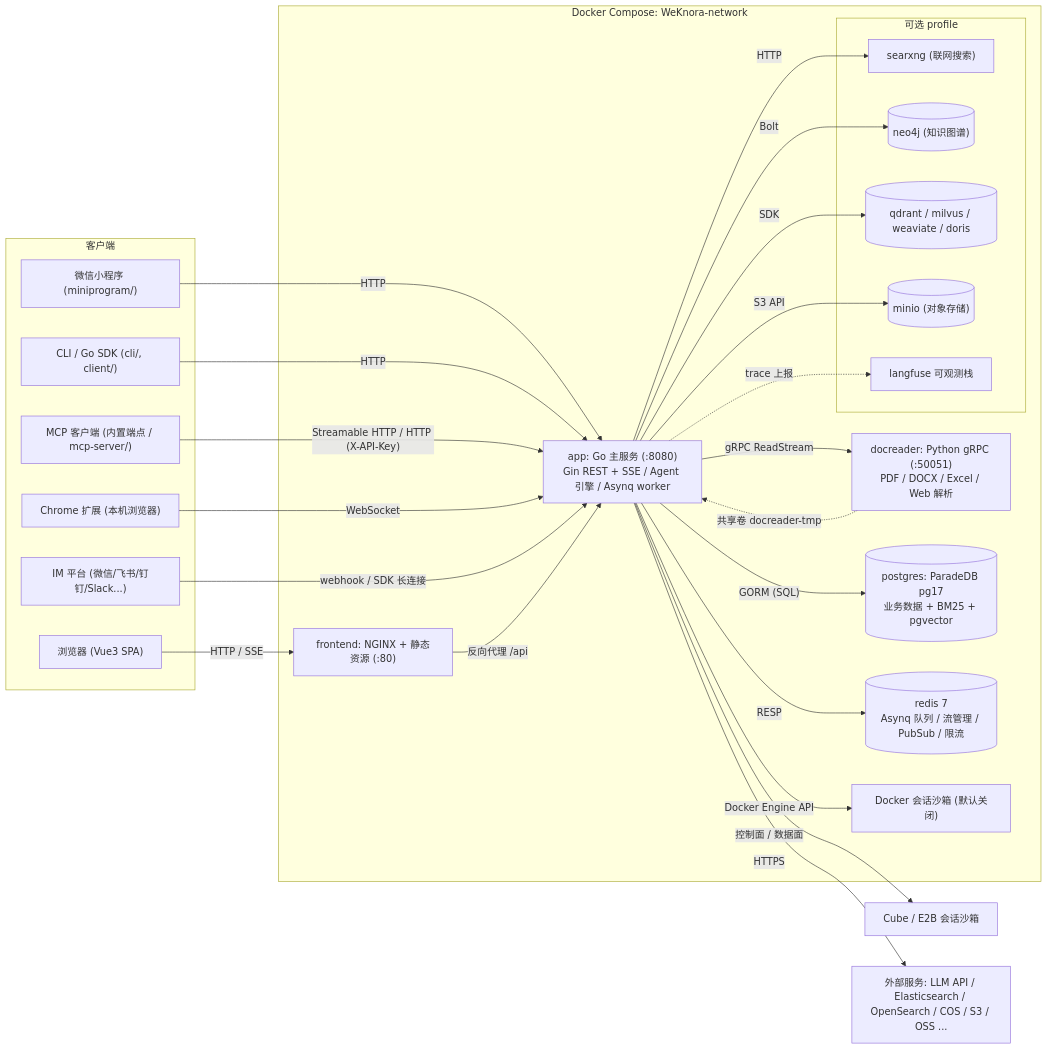
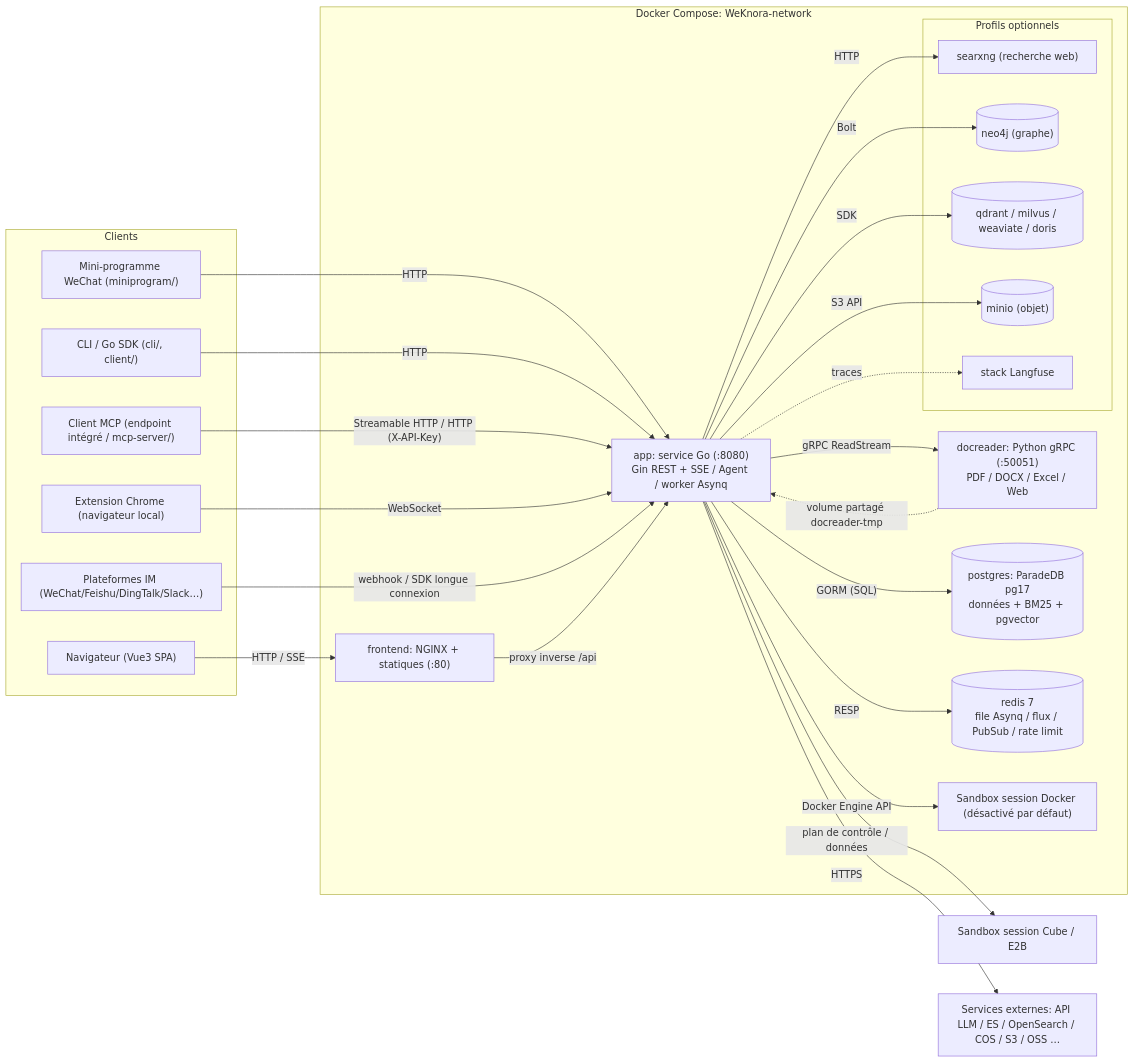
Before and after one commit to samiriggui-code/gsms-template: the first of 2 diagrams in website-docs/02-architecture/01-overview.md, drawn with Mermaid. The commit also changed other lines of this file and 301 other files, not shown here.

````diff
--- a/website-docs/02-architecture/01-overview.md
+++ b/website-docs/02-architecture/01-overview.md
@@ -98,50 +98,50 @@
 ```mermaid
 graph LR
-    subgraph Clients["客户端"]
-        Browser["浏览器 (Vue3 SPA)"]
-        Mini["微信小程序 (miniprogram/)"]
+    subgraph Clients["Clients"]
+        Browser["Navigateur (Vue3 SPA)"]
+        Mini["Mini-programme WeChat (miniprogram/)"]
         CLI["CLI / Go SDK (cli/, client/)"]
-        MCPC["MCP 客户端 (内置端点 / mcp-server/)"]
-        EXTN["Chrome 扩展 (本机浏览器)"]
-        IM["IM 平台 (微信/飞书/钉钉/Slack...)"]
+        MCPC["Client MCP (endpoint intégré / mcp-server/)"]
+        EXTN["Extension Chrome (navigateur local)"]
+        IM["Plateformes IM (WeChat/Feishu/DingTalk/Slack…)"]
     end
 
     subgraph Compose["Docker Compose: WeKnora-network"]
-        FE["frontend: NGINX + 静态资源 (:80)"]
-        APP["app: Go 主服务 (:8080)<br/>Gin REST + SSE / Agent 引擎 / Asynq worker"]
-        DR["docreader: Python gRPC (:50051)<br/>PDF / DOCX / Excel / Web 解析"]
-        PG[("postgres: ParadeDB pg17<br/>业务数据 + BM25 + pgvector")]
-        RD[("redis 7<br/>Asynq 队列 / 流管理 / PubSub / 限流")]
-        SBX["Docker 会话沙箱 (默认关闭)"]
-        subgraph Optional["可选 profile"]
-            SX["searxng (联网搜索)"]
-            NEO[("neo4j (知识图谱)")]
+        FE["frontend: NGINX + statiques (:80)"]
+        APP["app: service Go (:8080)<br/>Gin REST + SSE / Agent / worker Asynq"]
+        DR["docreader: Python gRPC (:50051)<br/>PDF / DOCX / Excel / Web"]
+        PG[("postgres: ParadeDB pg17<br/>données + BM25 + pgvector")]
+        RD[("redis 7<br/>file Asynq / flux / PubSub / rate limit")]
+        SBX["Sandbox session Docker (désactivé par défaut)"]
+        subgraph Optional["Profils optionnels"]
+            SX["searxng (recherche web)"]
+            NEO[("neo4j (graphe)")]
             VDB[("qdrant / milvus / weaviate / doris")]
-            MINIO[("minio (对象存储)")]
-            LF["langfuse 可观测栈"]
+            MINIO[("minio (objet)")]
+            LF["stack Langfuse"]
         end
     end
 
-    REMOTE["Cube / E2B 会话沙箱"]
-    EXT["外部服务: LLM API / Elasticsearch / OpenSearch / COS / S3 / OSS ..."]
+    REMOTE["Sandbox session Cube / E2B"]
+    EXT["Services externes: API LLM / ES / OpenSearch / COS / S3 / OSS …"]
 
     Browser -->|"HTTP / SSE"| FE
     Mini -->|"HTTP"| APP
     CLI -->|"HTTP"| APP
     MCPC -->|"Streamable HTTP / HTTP (X-API-Key)"| APP
     EXTN -->|"WebSocket"| APP
-    IM -->|"webhook / SDK 长连接"| APP
-    FE -->|"反向代理 /api"| APP
+    IM -->|"webhook / SDK longue connexion"| APP
+    FE -->|"proxy inverse /api"| APP
     APP -->|"gRPC ReadStream"| DR
     APP -->|"GORM (SQL)"| PG
     APP -->|"RESP"| RD
     APP -->|"Docker Engine API"| SBX
-    APP -->|"控制面 / 数据面"| REMOTE
+    APP -->|"plan de contrôle / données"| REMOTE
     APP -->|"HTTP"| SX
     APP -->|"Bolt"| NEO
     APP -->|"SDK"| VDB
     APP -->|"S3 API"| MINIO
     APP -->|"HTTPS"| EXT
-    APP -.->|"trace 上报"| LF
-    DR -.->|"共享卷 docreader-tmp"| APP
+    APP -.->|"traces"| LF
+    DR -.->|"volume partagé docreader-tmp"| APP
 ```
````
